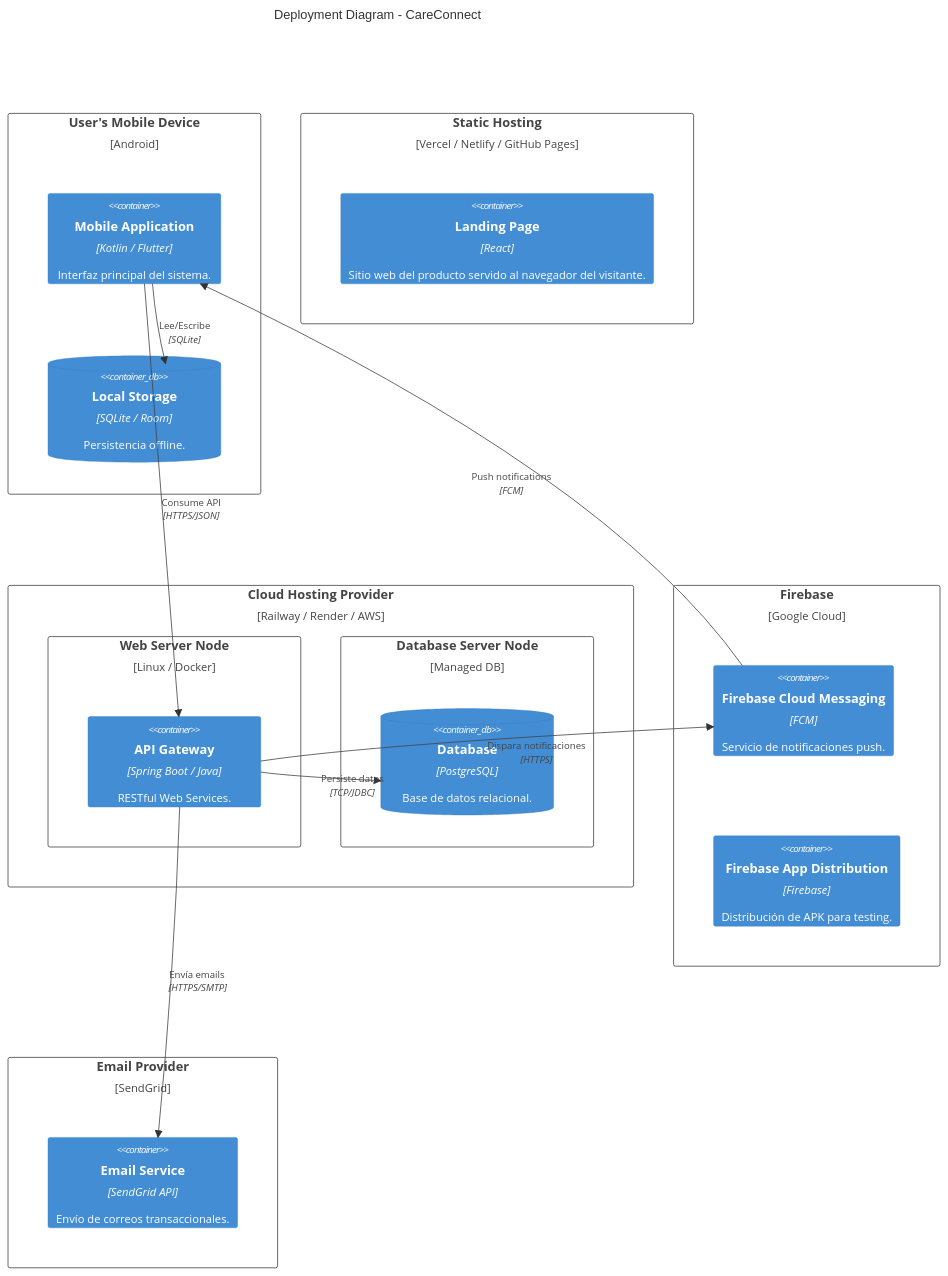
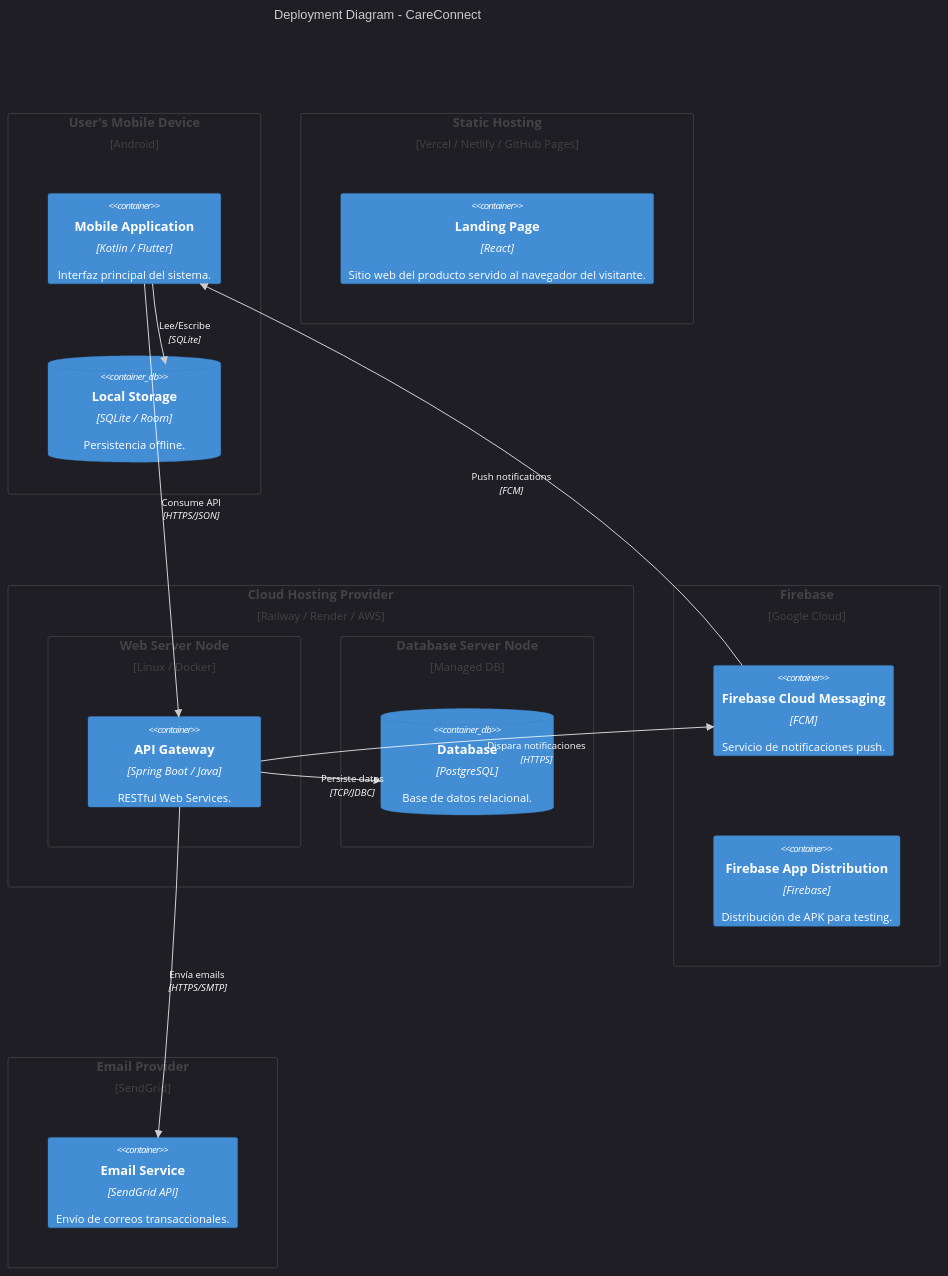
Before and after one commit to CareStacks/Report: the third of 3 diagrams in README.md, drawn with Mermaid. The commit also changed other lines of this file, not shown here.

Commit message:
docs(fix): add dark theme in c4 diagrmans for improve visualisation

````diff
--- a/README.md
+++ b/README.md
@@ -816,38 +836,46 @@
 ```mermaid
+%%{init: {'theme': 'dark'}}%%
 C4Deployment
     title Deployment Diagram - CareConnect
 
     Deployment_Node(userDevice, "User's Mobile Device", "Android") {
         Container(mobileApp, "Mobile Application", "Kotlin / Flutter", "Interfaz principal del sistema.")
         ContainerDb(localStorage, "Local Storage", "SQLite / Room", "Persistencia offline.")
     }
 
     Deployment_Node(staticHost, "Static Hosting", "Vercel / Netlify / GitHub Pages") {
         Container(landingPage, "Landing Page", "React", "Sitio web del producto servido al navegador del visitante.")
     }
 
     Deployment_Node(cloud, "Cloud Hosting Provider", "Railway / Render / AWS") {
         Deployment_Node(webServer, "Web Server Node", "Linux / Docker") {
             Container(apiServer, "API Gateway", "Spring Boot / Java", "RESTful Web Services.")
         }
         Deployment_Node(dbServer, "Database Server Node", "Managed DB") {
             ContainerDb(database, "Database", "PostgreSQL", "Base de datos relacional.")
         }
     }
 
     Deployment_Node(firebase, "Firebase", "Google Cloud") {
         Container(fcm, "Firebase Cloud Messaging", "FCM", "Servicio de notificaciones push.")
         Container(appDist, "Firebase App Distribution", "Firebase", "Distribución de APK para testing.")
     }
 
     Deployment_Node(emailProvider, "Email Provider", "SendGrid") {
         Container(emailService, "Email Service", "SendGrid API", "Envío de correos transaccionales.")
     }
 
     Rel(mobileApp, apiServer, "Consume API", "HTTPS/JSON")
     Rel(mobileApp, localStorage, "Lee/Escribe", "SQLite")
     Rel(apiServer, database, "Persiste datos", "TCP/JDBC")
     Rel(apiServer, fcm, "Dispara notificaciones", "HTTPS")
     Rel(apiServer, emailService, "Envía emails", "HTTPS/SMTP")
     Rel(fcm, mobileApp, "Push notifications", "FCM")
+
+    UpdateRelStyle(mobileApp, apiServer, $textColor="#ffffff", $lineColor="#ffffff")
+    UpdateRelStyle(mobileApp, localStorage, $textColor="#ffffff", $lineColor="#ffffff")
+    UpdateRelStyle(apiServer, database, $textColor="#ffffff", $lineColor="#ffffff")
+    UpdateRelStyle(apiServer, fcm, $textColor="#ffffff", $lineColor="#ffffff")
+    UpdateRelStyle(apiServer, emailService, $textColor="#ffffff", $lineColor="#ffffff")
+    UpdateRelStyle(fcm, mobileApp, $textColor="#ffffff", $lineColor="#ffffff")
 ```
````
